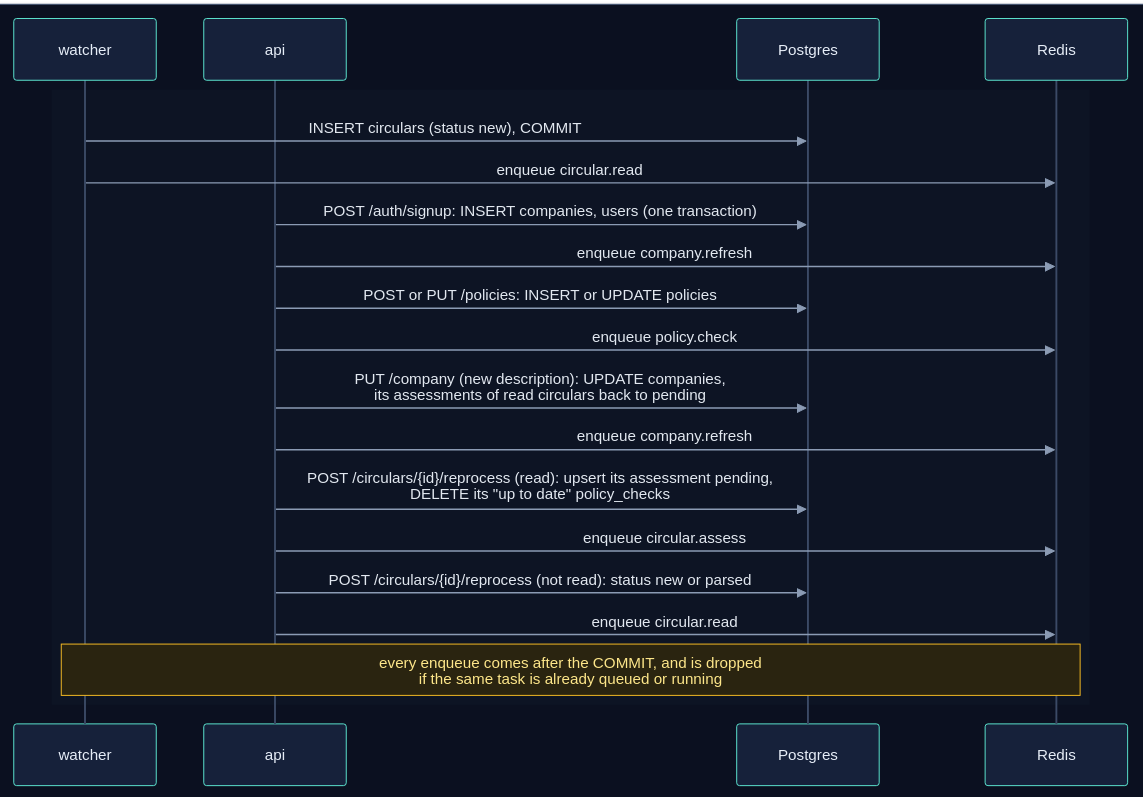
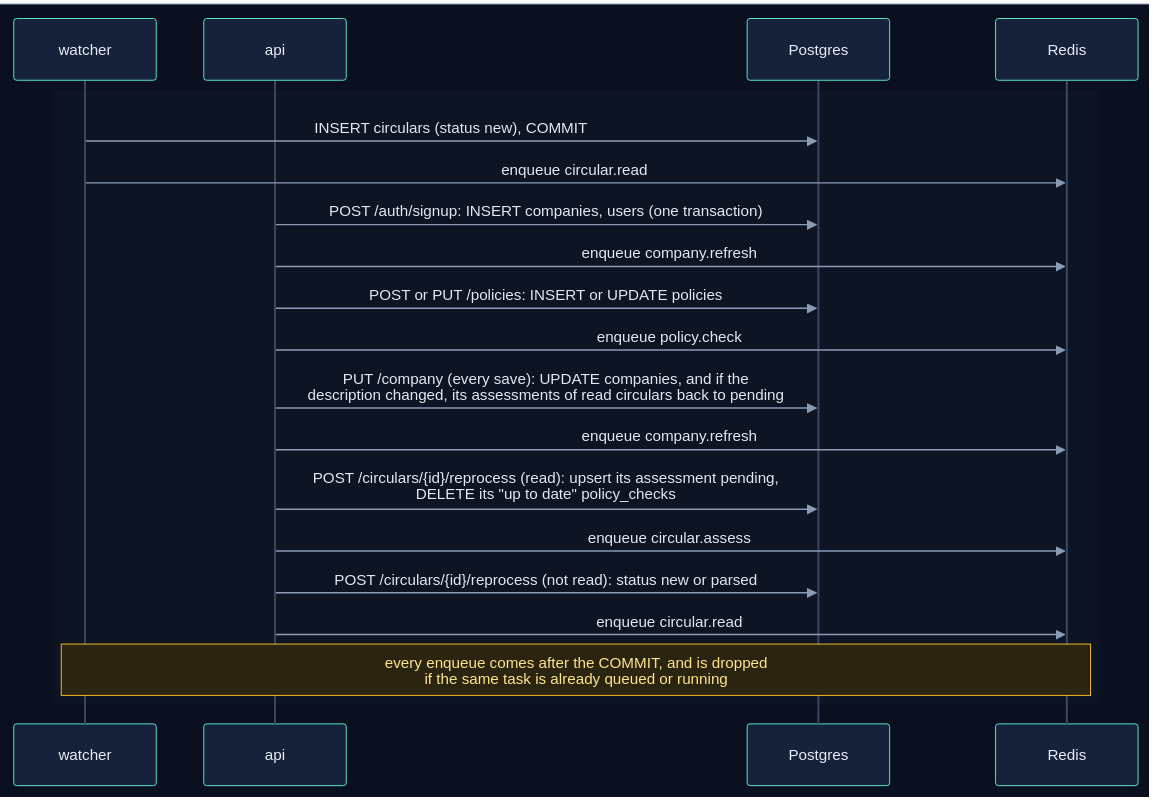
Before and after one commit to selvakumarperumal/Regulatory_Circular_Impact_Agent: diagram 44 of 44 in backend/worker/INTERNALS.md, drawn with Mermaid. The commit also changed other lines of this file and 7 other files, not shown here.

````diff
--- a/backend/worker/INTERNALS.md
+++ b/backend/worker/INTERNALS.md
@@ -2310,26 +2376,26 @@
 ```mermaid
 %%{init: {"theme": "base", "sequence": {"diagramMarginX": 0, "diagramMarginY": 0}, "themeVariables": {"darkMode": true, "primaryColor": "#16213a", "primaryTextColor": "#e6edf7", "primaryBorderColor": "#475a7a", "lineColor": "#8b9bb4", "secondaryColor": "#1b2436", "tertiaryColor": "#101a2e", "edgeLabelBackground": "#0f172a", "textColor": "#e2e8f0", "actorBkg": "#16213a", "actorBorder": "#5eead4", "actorTextColor": "#e6edf7", "actorLineColor": "#3b4a66", "signalColor": "#8b9bb4", "signalTextColor": "#e2e8f0", "noteBkgColor": "#2a2410", "noteBorderColor": "#fbbf24", "noteTextColor": "#fde68a", "labelBoxBkgColor": "#1e293b", "labelBoxBorderColor": "#64748b", "labelTextColor": "#e2e8f0", "loopTextColor": "#c4b5fd", "sequenceNumberColor": "#0b1020", "activationBkgColor": "#1e293b"}}}%%
 sequenceDiagram
     box rgb(11, 16, 32)
         participant W as watcher
         participant A as api
         participant PG as Postgres
         participant R as Redis
     end
 
     rect rgb(13, 20, 36)
         W->>PG: INSERT circulars (status new), COMMIT
         W->>R: enqueue circular.read
         A->>PG: POST /auth/signup: INSERT companies, users (one transaction)
         A->>R: enqueue company.refresh
         A->>PG: POST or PUT /policies: INSERT or UPDATE policies
         A->>R: enqueue policy.check
-        A->>PG: PUT /company (new description): UPDATE companies,<br/>its assessments of read circulars back to pending
+        A->>PG: PUT /company (every save): UPDATE companies, and if the<br/>description changed, its assessments of read circulars back to pending
         A->>R: enqueue company.refresh
         A->>PG: POST /circulars/{id}/reprocess (read): upsert its assessment pending,<br/>DELETE its "up to date" policy_checks
         A->>R: enqueue circular.assess
         A->>PG: POST /circulars/{id}/reprocess (not read): status new or parsed
         A->>R: enqueue circular.read
         Note over W,R: every enqueue comes after the COMMIT, and is dropped<br/>if the same task is already queued or running
     end
 ```
````
